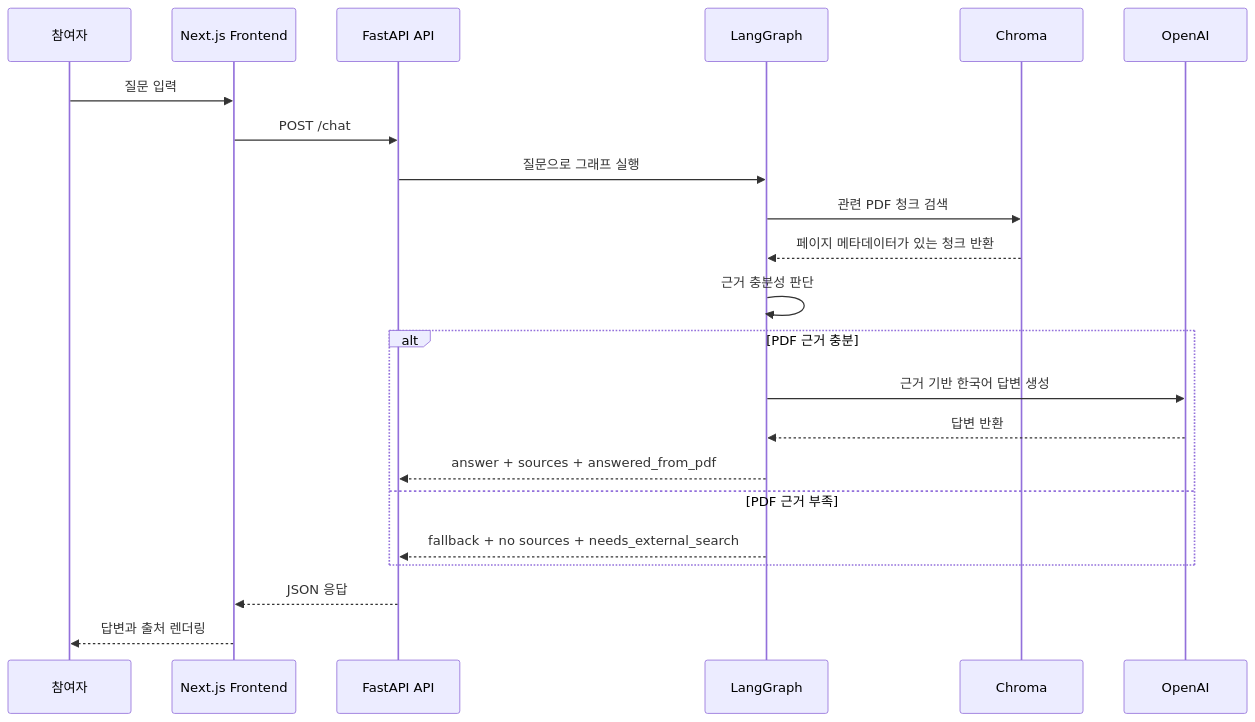
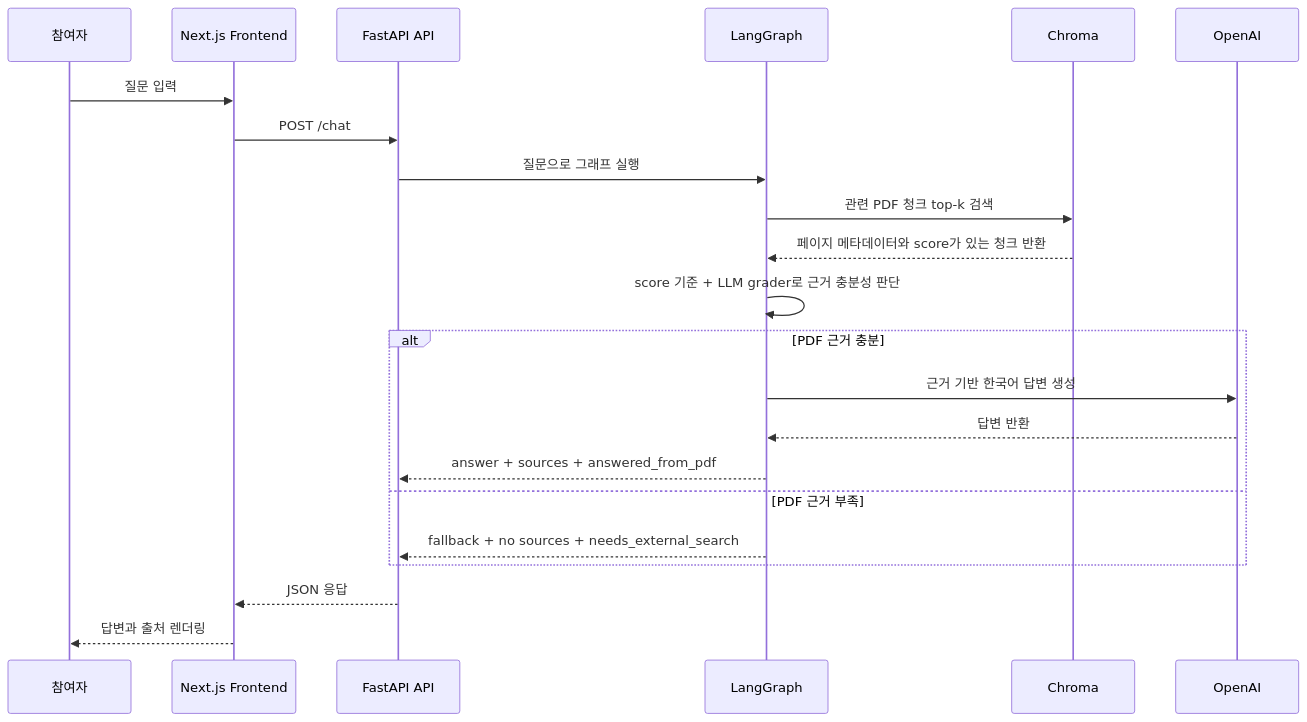
Before and after one commit to DataChuLee/Youth-Allowance: the second of 4 diagrams in docs/architecture.md, drawn with Mermaid. The commit also changed other lines of this file and 1 other file, not shown here.

````diff
--- a/docs/architecture.md
+++ b/docs/architecture.md
@@ -43,25 +43,25 @@
 ```mermaid
 sequenceDiagram
     participant U as 참여자
     participant F as Next.js Frontend
     participant A as FastAPI API
     participant G as LangGraph
     participant C as Chroma
     participant O as OpenAI
 
     U->>F: 질문 입력
     F->>A: POST /chat
     A->>G: 질문으로 그래프 실행
-    G->>C: 관련 PDF 청크 검색
-    C-->>G: 페이지 메타데이터가 있는 청크 반환
-    G->>G: 근거 충분성 판단
+    G->>C: 관련 PDF 청크 top-k 검색
+    C-->>G: 페이지 메타데이터와 score가 있는 청크 반환
+    G->>G: score 기준 + LLM grader로 근거 충분성 판단
     alt PDF 근거 충분
         G->>O: 근거 기반 한국어 답변 생성
         O-->>G: 답변 반환
         G-->>A: answer + sources + answered_from_pdf
     else PDF 근거 부족
         G-->>A: fallback + no sources + needs_external_search
     end
     A-->>F: JSON 응답
     F-->>U: 답변과 출처 렌더링
 ```
````
